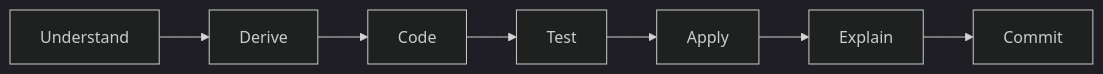
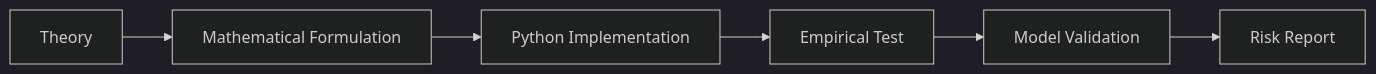
The second of 2 diagrams in README.md (Devhoney3/Applied-Quantitative-Finance-Lab), drawn with Mermaid (dark theme) before and after one commit. The commit also changed other lines of this file, not shown here.

````diff
--- a/README.md
+++ b/README.md
@@ -727,9 +99,8 @@
 ```mermaid
 flowchart LR
-    A[Understand] --> B[Derive]
-    B --> C[Code]
-    C --> D[Test]
-    D --> E[Apply]
-    E --> F[Explain]
-    F --> G[Commit]
+    A[Theory] --> B[Mathematical Formulation]
+    B --> C[Python Implementation]
+    C --> D[Empirical Test]
+    D --> E[Model Validation]
+    E --> F[Risk Report]
 ```
````
